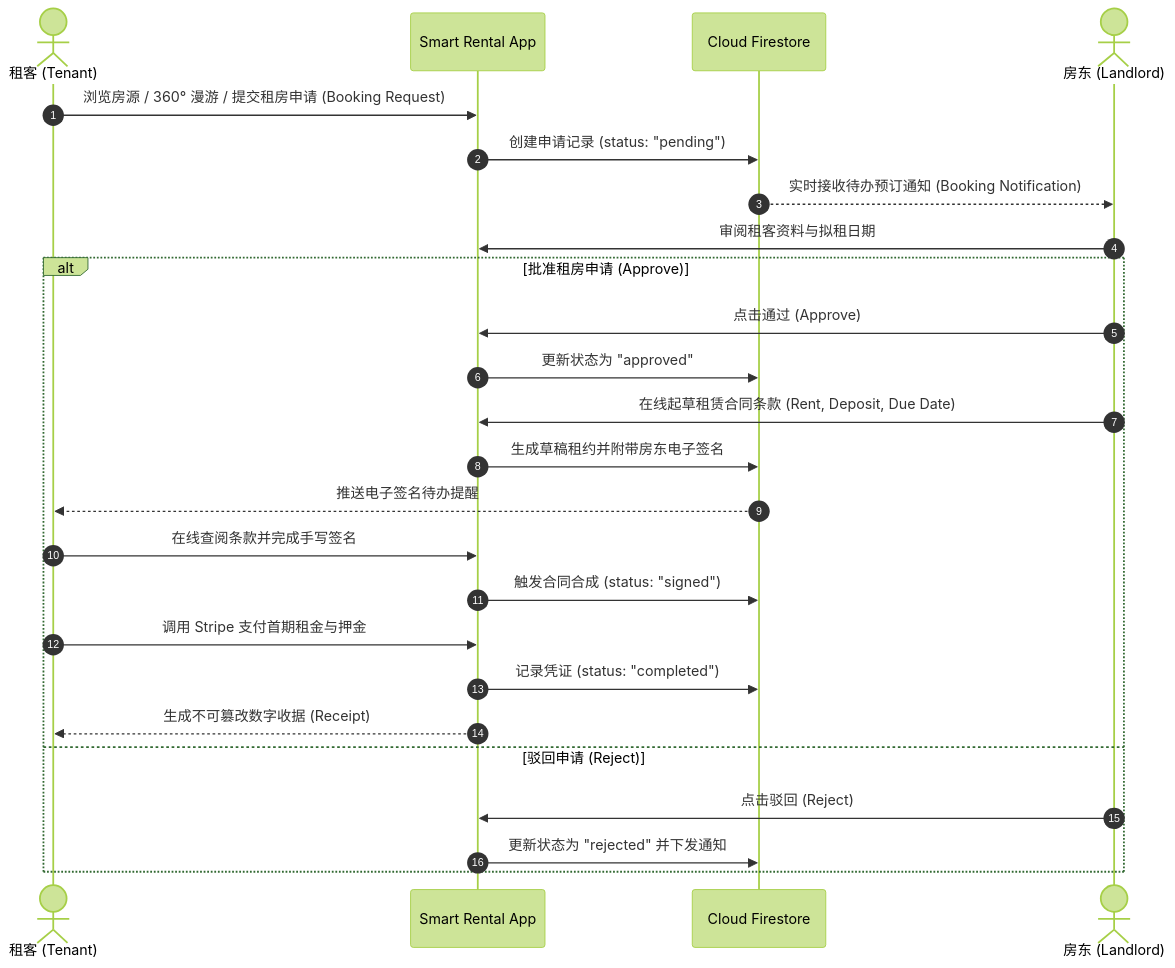
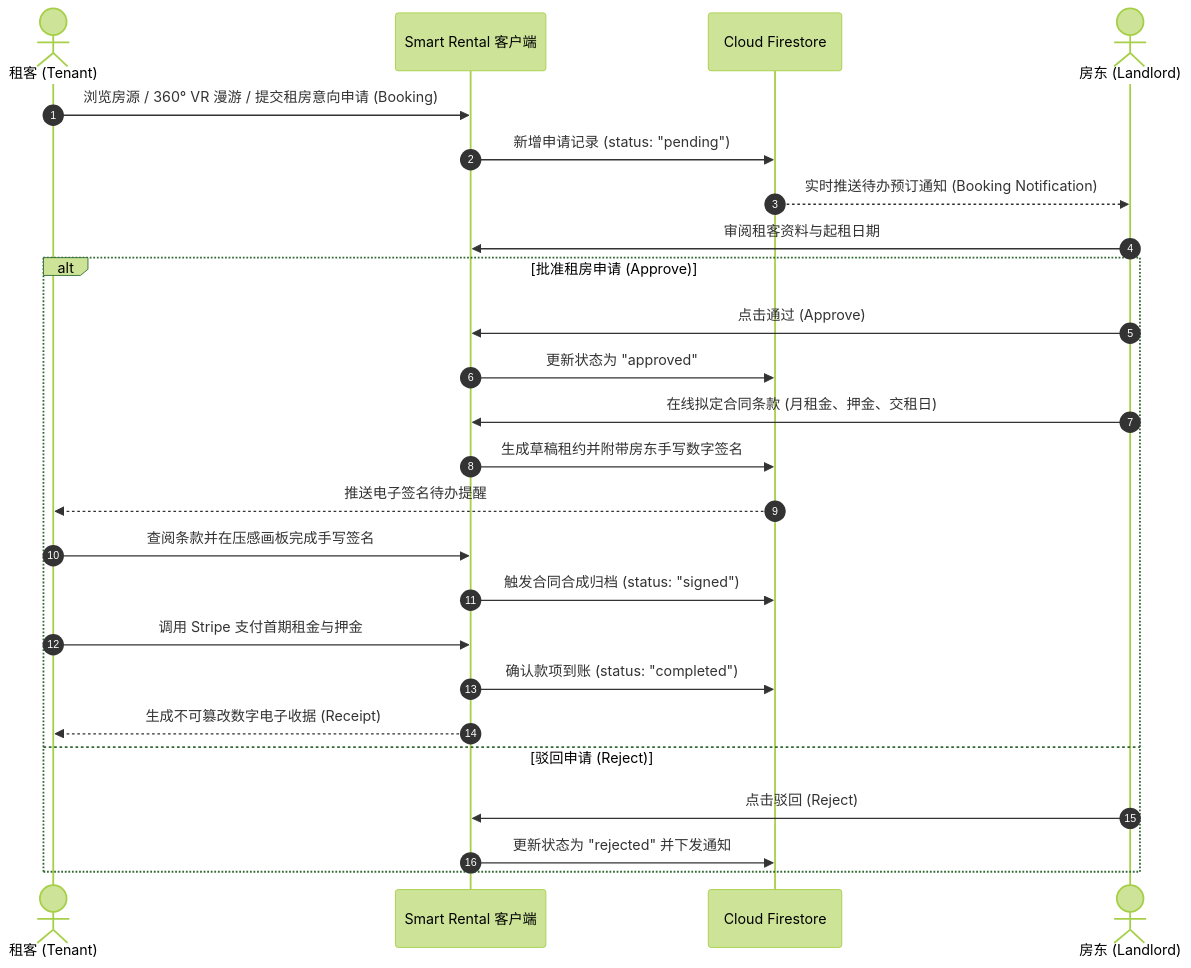
Before and after one commit to MOYUNXUAN4/smart_rental_system: the third of 3 diagrams in README.md, drawn with Mermaid (forest theme). The commit also changed other lines of this file, not shown here.

````diff
--- a/README.md
+++ b/README.md
@@ -132,28 +395,28 @@
 ```mermaid
 sequenceDiagram
     autonumber
     actor Tenant as 租客 (Tenant)
-    participant App as Smart Rental App
+    participant App as Smart Rental 客户端
     participant DB as Cloud Firestore
     actor Landlord as 房东 (Landlord)
 
-    Tenant->>App: 浏览房源 / 360° 漫游 / 提交租房申请 (Booking Request)
-    App->>DB: 创建申请记录 (status: "pending")
-    DB-->>Landlord: 实时接收待办预订通知 (Booking Notification)
-    Landlord->>App: 审阅租客资料与拟租日期
+    Tenant->>App: 浏览房源 / 360° VR 漫游 / 提交租房意向申请 (Booking)
+    App->>DB: 新增申请记录 (status: "pending")
+    DB-->>Landlord: 实时推送待办预订通知 (Booking Notification)
+    Landlord->>App: 审阅租客资料与起租日期
     alt 批准租房申请 (Approve)
         Landlord->>App: 点击通过 (Approve)
         App->>DB: 更新状态为 "approved"
-        Landlord->>App: 在线起草租赁合同条款 (Rent, Deposit, Due Date)
-        App->>DB: 生成草稿租约并附带房东电子签名
+        Landlord->>App: 在线拟定合同条款 (月租金、押金、交租日)
+        App->>DB: 生成草稿租约并附带房东手写数字签名
         DB-->>Tenant: 推送电子签名待办提醒
-        Tenant->>App: 在线查阅条款并完成手写签名
-        App->>DB: 触发合同合成 (status: "signed")
+        Tenant->>App: 查阅条款并在压感画板完成手写签名
+        App->>DB: 触发合同合成归档 (status: "signed")
         Tenant->>App: 调用 Stripe 支付首期租金与押金
-        App->>DB: 记录凭证 (status: "completed")
-        App-->>Tenant: 生成不可篡改数字收据 (Receipt)
+        App->>DB: 确认款项到账 (status: "completed")
+        App-->>Tenant: 生成不可篡改数字电子收据 (Receipt)
     else 驳回申请 (Reject)
         Landlord->>App: 点击驳回 (Reject)
         App->>DB: 更新状态为 "rejected" 并下发通知
     end
 ```
````
